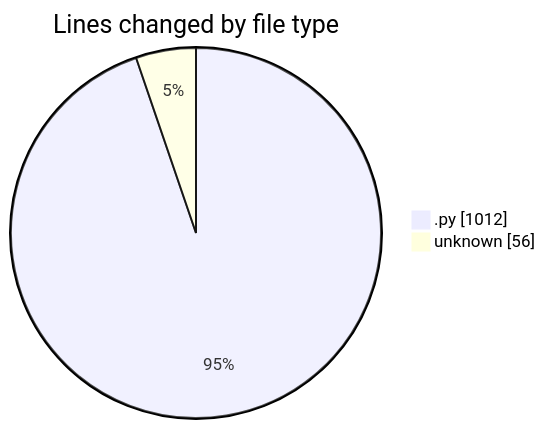
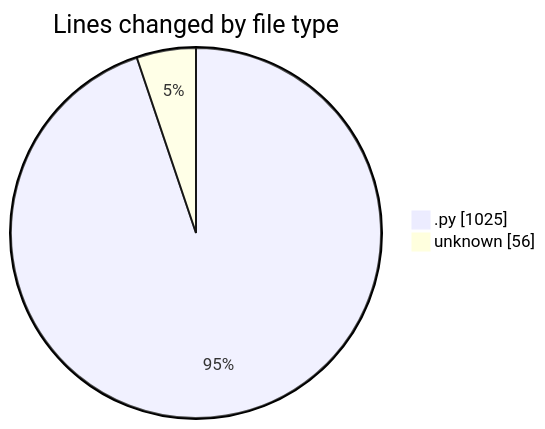
Before and after one commit to MatusMokan/code-tracking: the first of 2 diagrams in 2025-03-17/myws__workspace_/README.md, drawn with Mermaid. The commit also changed other lines of this file and 1 other file, not shown here.

````diff
--- a/2025-03-17/myws__workspace_/README.md
+++ b/2025-03-17/myws__workspace_/README.md
@@ -25,6 +25,6 @@
 ```mermaid
 pie showData
 title Lines changed by file type
-".py" : 1012
+".py" : 1025
 "unknown" : 56
 ```
````
